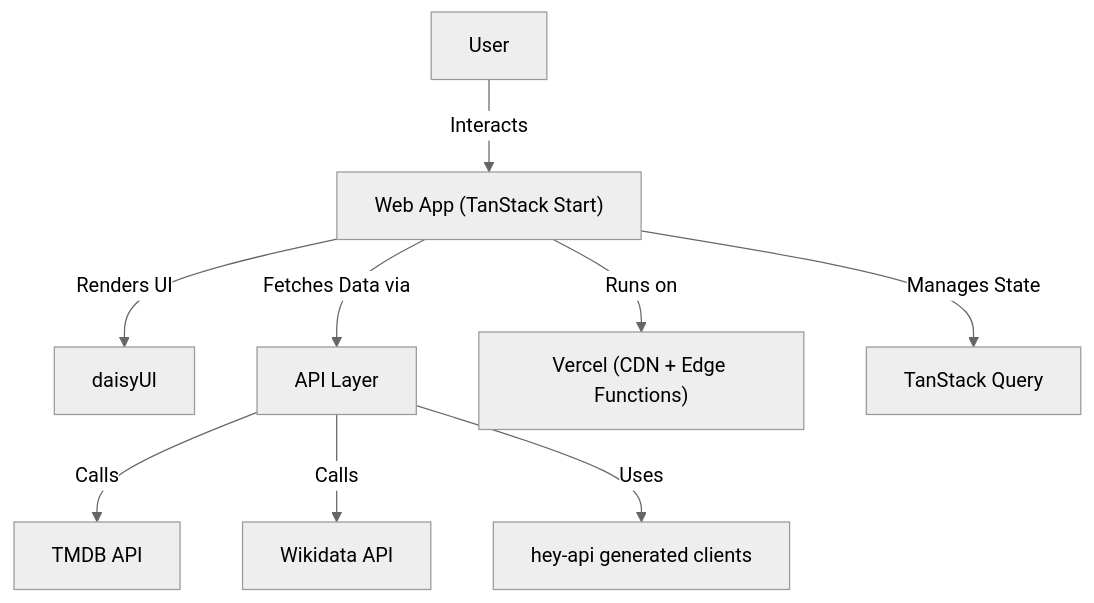
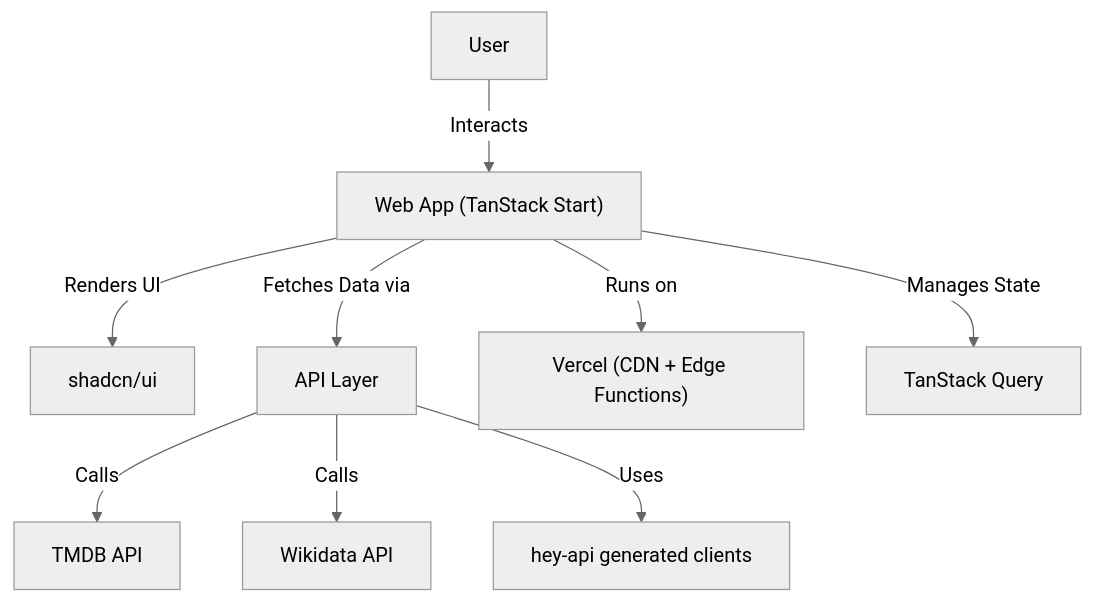
The diagram in docs/architecture.md (jimmy-guzman/popcorn.fyi), drawn with Mermaid (neutral theme) before and after one commit. The commit also changed other lines of this file and 470 other files, not shown here.

````diff
--- a/docs/architecture.md
+++ b/docs/architecture.md
@@ -3,11 +3,11 @@
 ```mermaid
 graph TD;
     A[User] -->|Interacts| B["Web App (TanStack Start)"]
-    B -->|Renders UI| J["daisyUI"]
+    B -->|Renders UI| J["shadcn/ui"]
     B -->|Fetches Data via| C["API Layer"]
     C -->|Calls| D["TMDB API"]
     C -->|Calls| E["Wikidata API"]
     C -->|Uses| F["hey-api generated clients"]
     B -->|Runs on| H["Vercel (CDN + Edge Functions)"]
     B -->|Manages State| I["TanStack Query"]
 ```
````
